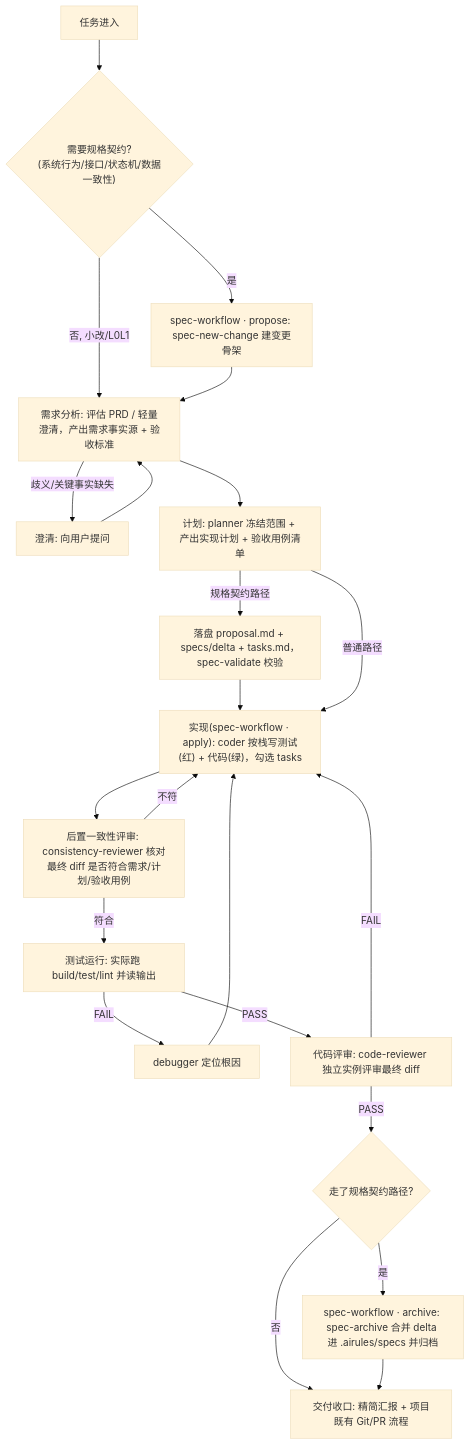
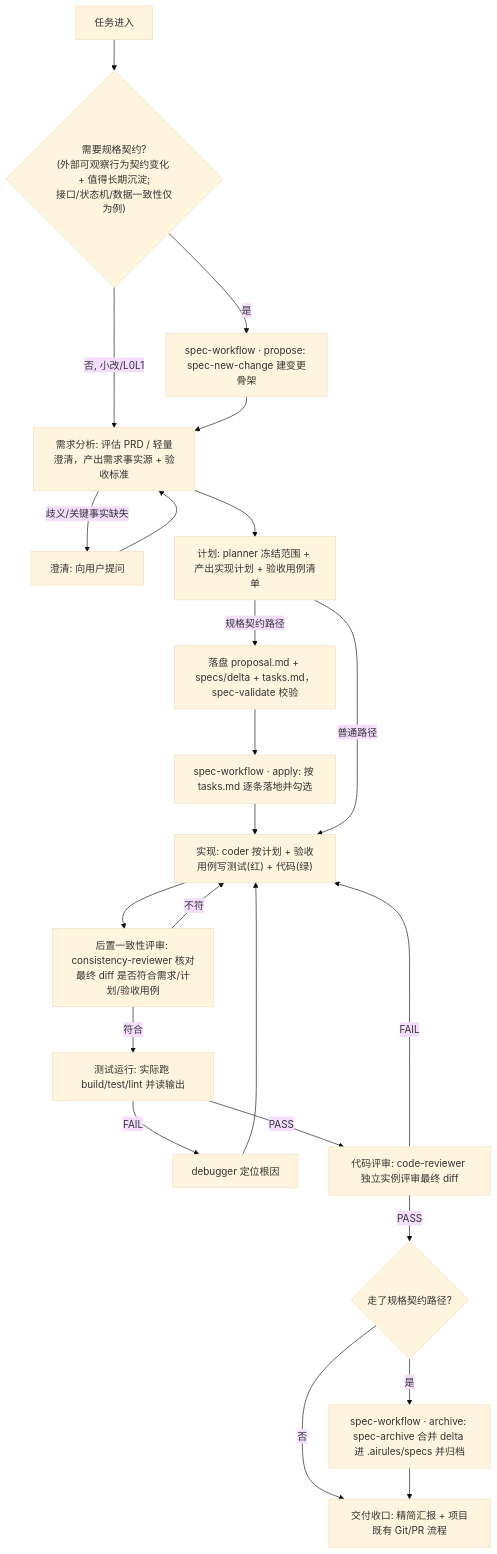
Before and after one commit to moluoxixi/AIRules: the first of 2 diagrams in rules/AGENTS.md, drawn with Mermaid (base theme). The commit also changed other lines of this file and 2 other files, not shown here.

Commit message:
feat(tests): 添加 spec 门禁行为和红线文本断言测试用例
新增多个测试用例，验证归档和验证操作中的门禁行为，确保在特定条件下的失败情况。
包括对空提案和缺失任务的处理逻辑，增强测试覆盖率，确保系统行为符合预期。

````diff
--- a/rules/AGENTS.md
+++ b/rules/AGENTS.md
@@ -7,24 +7,25 @@
 ```mermaid
 flowchart TD
-  Intake["任务进入"] --> Gate{"需要规格契约?<br/>(系统行为/接口/状态机/数据一致性)"}
+  Intake["任务进入"] --> Gate{"需要规格契约?<br/>(外部可观察行为契约变化 + 值得长期沉淀;<br/>接口/状态机/数据一致性仅为例)"}
   Gate -->|否, 小改/L0L1| Req
   Gate -->|是| Propose["spec-workflow · propose: spec-new-change 建变更骨架"]
   Propose --> Req
 
   Req["需求分析: 评估 PRD / 轻量澄清，产出需求事实源 + 验收标准"]
   Req -->|歧义/关键事实缺失| Clarify["澄清: 向用户提问"] --> Req
   Req --> Plan["计划: planner 冻结范围 + 产出实现计划 + 验收用例清单"]
   Plan -->|规格契约路径| Spec["落盘 proposal.md + specs/delta + tasks.md，spec-validate 校验"]
-  Spec --> Code
-  Plan -->|普通路径| Code["实现(spec-workflow · apply): coder 按栈写测试(红) + 代码(绿)，勾选 tasks"]
+  Spec --> Apply["spec-workflow · apply: 按 tasks.md 逐条落地并勾选"]
+  Apply --> Code
+  Plan -->|普通路径| Code["实现: coder 按计划 + 验收用例写测试(红) + 代码(绿)"]
   Code --> Consist["后置一致性评审: consistency-reviewer 核对最终 diff 是否符合需求/计划/验收用例"]
   Consist -->|不符| Code
   Consist -->|符合| Test["测试运行: 实际跑 build/test/lint 并读输出"]
   Test -->|FAIL| Debug["debugger 定位根因"] --> Code
   Test -->|PASS| Review["代码评审: code-reviewer 独立实例评审最终 diff"]
   Review -->|FAIL| Code
   Review -->|PASS| Archive{"走了规格契约路径?"}
   Archive -->|是| DoArchive["spec-workflow · archive: spec-archive 合并 delta 进 .airules/specs 并归档"]
   Archive -->|否| Done
   DoArchive --> Done["交付收口: 精简汇报 + 项目既有 Git/PR 流程"]
 ```
````
